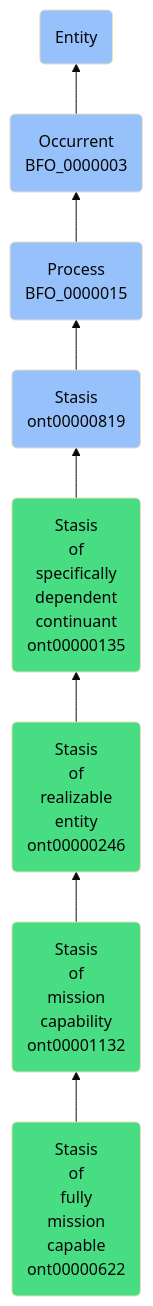
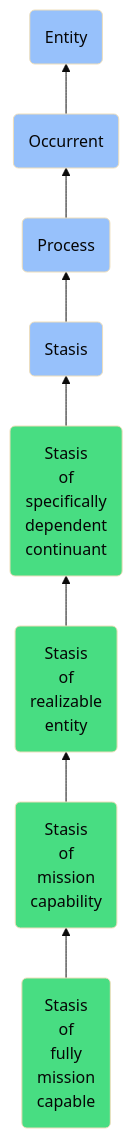
Before and after one commit to jupyter-naas/abi: the diagram in docs/ontology/reference/model/Entity/Occurrent/Process/Stasis/Stasis of specifically dependent continuant/Stasis of realizable entity/Stasis of mission capability/Stasis of fully mission capable/Stasis of fully mission capable.md, drawn with Mermaid (base theme). The commit also changed other lines of this file and 1430 other files, not shown here.

````diff
--- a/docs/ontology/reference/model/Entity/Occurrent/Process/Stasis/Stasis of specifically dependent continuant/Stasis of realizable entity/Stasis of mission capability/Stasis of fully mission capable/Stasis of fully mission capable.md
+++ b/docs/ontology/reference/model/Entity/Occurrent/Process/Stasis/Stasis of specifically dependent continuant/Stasis of realizable entity/Stasis of mission capability/Stasis of fully mission capable/Stasis of fully mission capable.md
@@ -24,15 +24,15 @@
 ```mermaid
 graph BT
-    ont00000622(Stasis<br>of<br>fully<br>mission<br>capable<br>ont00000622):::ABI-->ont00001132
-    ont00001132(Stasis<br>of<br>mission<br>capability<br>ont00001132):::ABI-->ont00000246
-    ont00000246(Stasis<br>of<br>realizable<br>entity<br>ont00000246):::ABI-->ont00000135
-    ont00000135(Stasis<br>of<br>specifically<br>dependent<br>continuant<br>ont00000135):::ABI-->ont00000819
-    ont00000819(Stasis<br>ont00000819):::BFO-->BFO_0000015
-    BFO_0000015(Process<br>BFO_0000015):::BFO-->BFO_0000003
-    BFO_0000003(Occurrent<br>BFO_0000003):::BFO-->BFO_0000001
+    ont00000622(Stasis<br>of<br>fully<br>mission<br>capable):::ABI-->ont00001132
+    ont00001132(Stasis<br>of<br>mission<br>capability):::ABI-->ont00000246
+    ont00000246(Stasis<br>of<br>realizable<br>entity):::ABI-->ont00000135
+    ont00000135(Stasis<br>of<br>specifically<br>dependent<br>continuant):::ABI-->ont00000819
+    ont00000819(Stasis):::BFO-->BFO_0000015
+    BFO_0000015(Process):::BFO-->BFO_0000003
+    BFO_0000003(Occurrent):::BFO-->BFO_0000001
     BFO_0000001(Entity):::BFO
     
     classDef BFO fill:#97c1fb,color:#060606
     classDef CCO fill:#e4c51e,color:#060606
     classDef ABI fill:#48DD82,color:#060606
 ```
````
